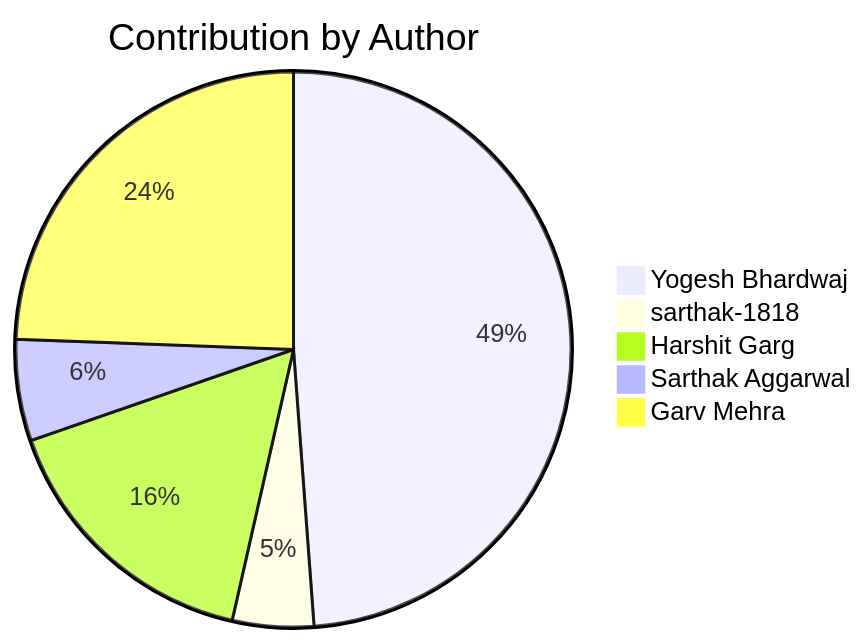
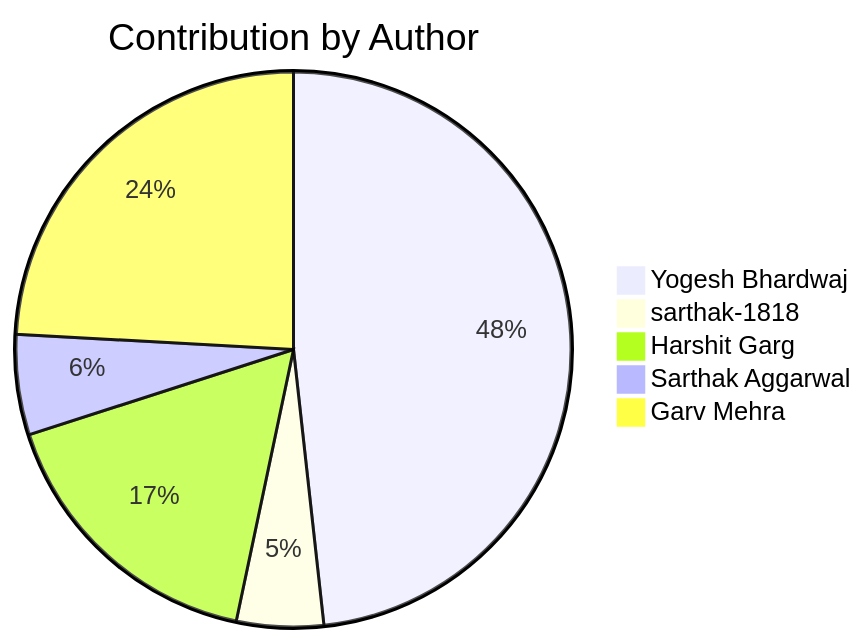
Before and after one commit to Yogesh-Bhardwaj-hue/Scm-Final_2.0: the second of 2 diagrams in README.md, drawn with Mermaid. The commit also changed other lines of this file, not shown here.

Commit message:
Auto commit - rs4xyZsB1TQw

````diff
--- a/README.md
+++ b/README.md
@@ -190,8 +190,8 @@
 ```mermaid
 pie title Contribution by Author
     "Yogesh Bhardwaj": 124
-    "sarthak-1818": 12
-    "Harshit Garg": 41
+    "sarthak-1818": 13
+    "Harshit Garg": 43
     "Sarthak Aggarwal": 15
     "Garv Mehra": 62
 ```
````
